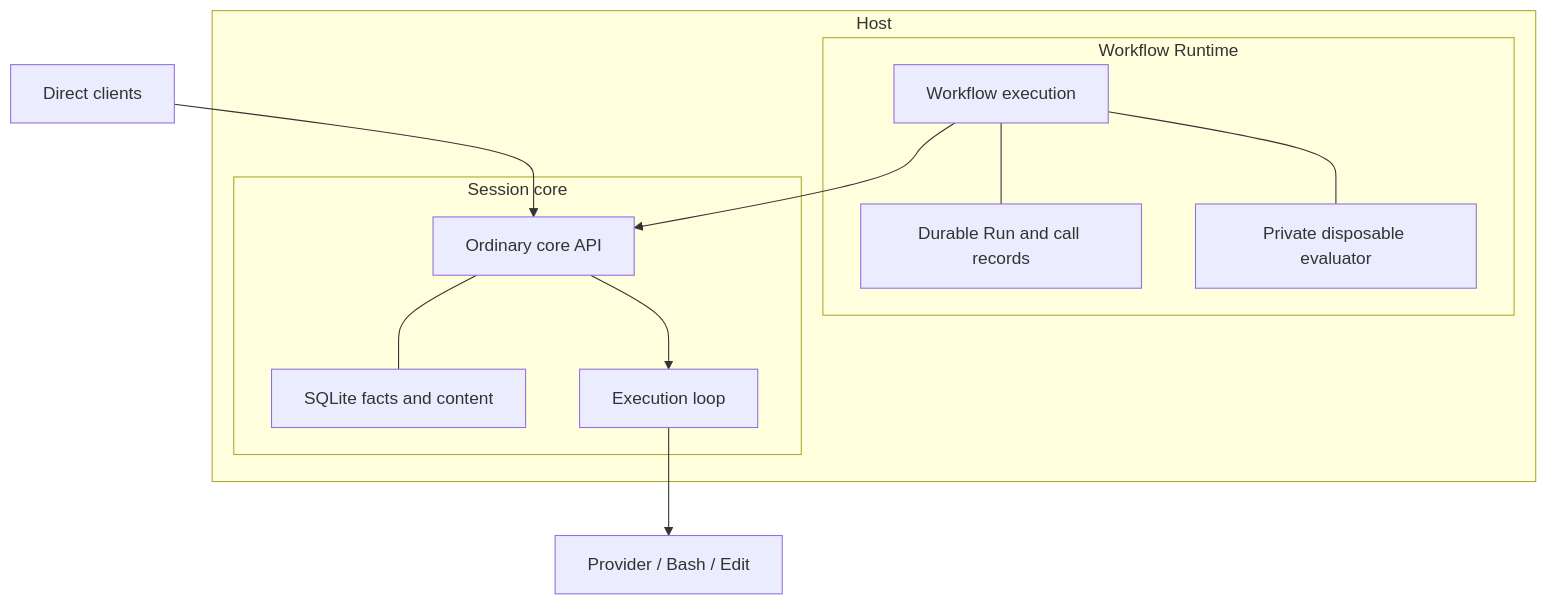
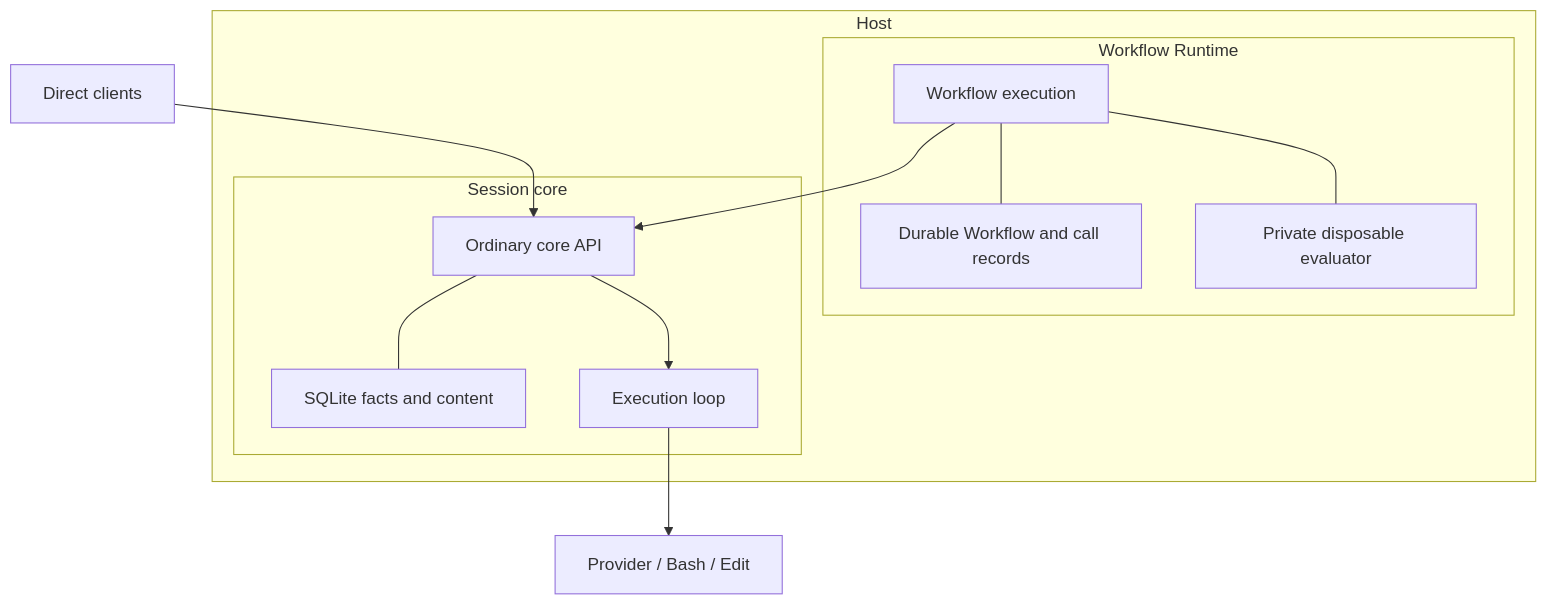
Before and after one commit to DivyanshGolyan/rui: the second of 4 diagrams in ARCHITECTURE.md, drawn with Mermaid. The commit also changed other lines of this file and 5 other files, not shown here.

````diff
--- a/ARCHITECTURE.md
+++ b/ARCHITECTURE.md
@@ -41,22 +41,22 @@
 ```mermaid
 flowchart TD
     clients["Direct clients"] --> core
     subgraph host["Host"]
         subgraph runtime["Workflow Runtime"]
             workflow["Workflow execution"]
-            records["Durable Run and call records"]
+            records["Durable Workflow and call records"]
             evaluator["Private disposable evaluator"]
             workflow --- records
             workflow --- evaluator
         end
         subgraph session["Session core"]
             core["Ordinary core API"]
             facts["SQLite facts and content"]
             loop["Execution loop"]
             core --- facts
             core --> loop
         end
         workflow --> core
     end
     loop --> effects["Provider / Bash / Edit"]
 ```
````
